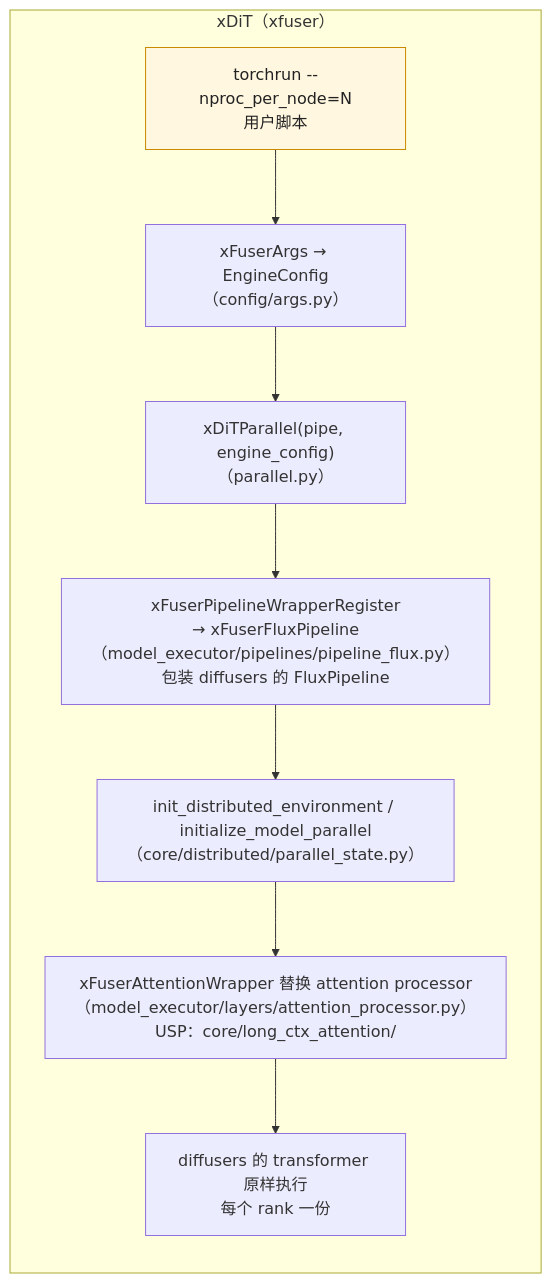
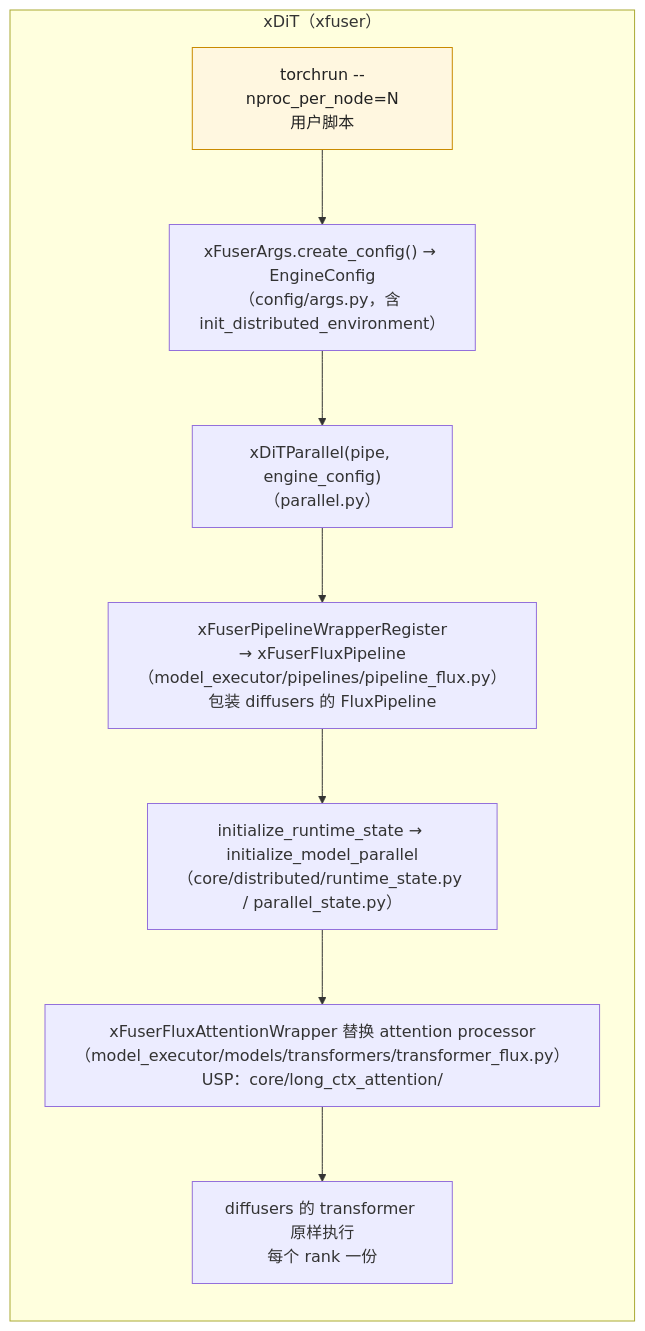
One commit to arganzheng/arganzheng.github.com changed the third of 3 diagrams in _posts/2026-09-12-diffusion-engines-compared-sglang-diffusion-vllm-omni-xdit.md. Above: the diagram before and after it, drawn with Mermaid. The commit also changed other lines of this file and 2 other files, not shown here.

First line of the commit message:
扩散推理 08 三引擎对照：两张进程结构图改 SVG + 嵌套列表，xDiT 调用树保留；按固定版本源码修正进程模型与类名

````diff
--- a/_posts/2026-09-12-diffusion-engines-compared-sglang-diffusion-vllm-omni-xdit.md
+++ b/_posts/2026-09-12-diffusion-engines-compared-sglang-diffusion-vllm-omni-xdit.md
@@ -61,19 +60,19 @@
 ```mermaid
 %% 图：xDiT 的路径：torchrun 用户脚本 → EngineConfig → xDiTParallel 包装 diffusers pipeline → 初始化并行组 → 替换 attention processor
 flowchart TB
     subgraph XD["xDiT（xfuser）"]
         direction TB
         XD1["torchrun --nproc_per_node=N
-用户脚本"] --> XD2["xFuserArgs → EngineConfig
-（config/args.py）"] --> XD3["xDiTParallel(pipe, engine_config)
+用户脚本"] --> XD2["xFuserArgs.create_config() → EngineConfig
+（config/args.py，含 init_distributed_environment）"] --> XD3["xDiTParallel(pipe, engine_config)
 （parallel.py）"] --> XD4["xFuserPipelineWrapperRegister
 → xFuserFluxPipeline（model_executor/pipelines/pipeline_flux.py）
-包装 diffusers 的 FluxPipeline"] --> XD5["init_distributed_environment / initialize_model_parallel
-（core/distributed/parallel_state.py）"] --> XD6["xFuserAttentionWrapper 替换 attention processor
-（model_executor/layers/attention_processor.py）
+包装 diffusers 的 FluxPipeline"] --> XD5["initialize_runtime_state → initialize_model_parallel
+（core/distributed/runtime_state.py / parallel_state.py）"] --> XD6["xFuserFluxAttentionWrapper 替换 attention processor
+（model_executor/models/transformers/transformer_flux.py）
 USP：core/long_ctx_attention/"] --> XD7["diffusers 的 transformer 原样执行
 每个 rank 一份"]
     end
     classDef xd fill:#fff7e0,stroke:#c98a00,color:#222
     class XD1 xd
 ```
````
